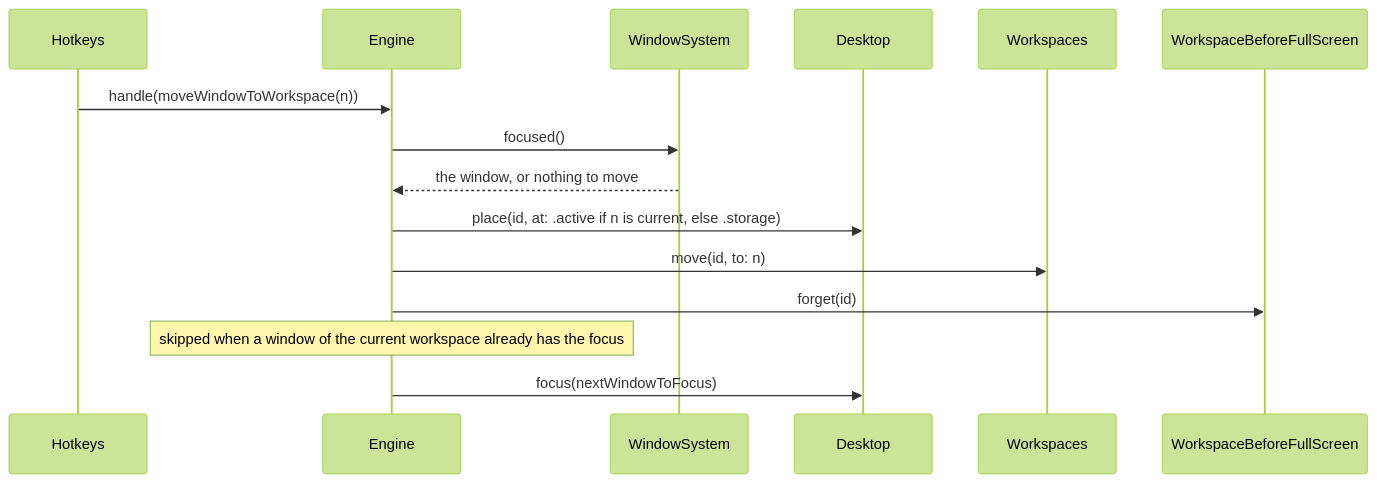
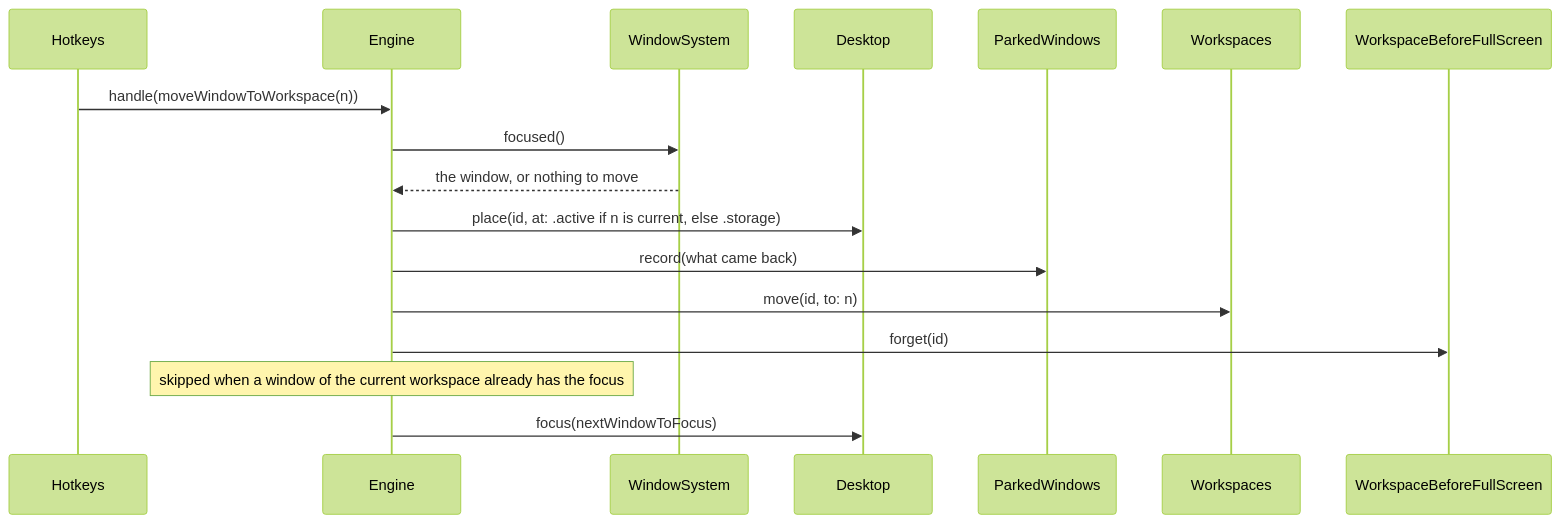
Before and after one commit to brennovich/ottowm: the ninth of 17 diagrams in ARCHITECTURE.md, drawn with Mermaid (forest theme). The commit also changed other lines of this file and 23 other files, not shown here.

````diff
--- a/ARCHITECTURE.md
+++ b/ARCHITECTURE.md
@@ -190,11 +196,12 @@
 ```mermaid
 sequenceDiagram
     Hotkeys->>Engine: handle(moveWindowToWorkspace(n))
     Engine->>WindowSystem: focused()
     WindowSystem-->>Engine: the window, or nothing to move
     Engine->>Desktop: place(id, at: .active if n is current, else .storage)
+    Engine->>ParkedWindows: record(what came back)
     Engine->>Workspaces: move(id, to: n)
     Engine->>WorkspaceBeforeFullScreen: forget(id)
     Note over Engine: skipped when a window of the current workspace already has the focus
     Engine->>Desktop: focus(nextWindowToFocus)
 ```
````
